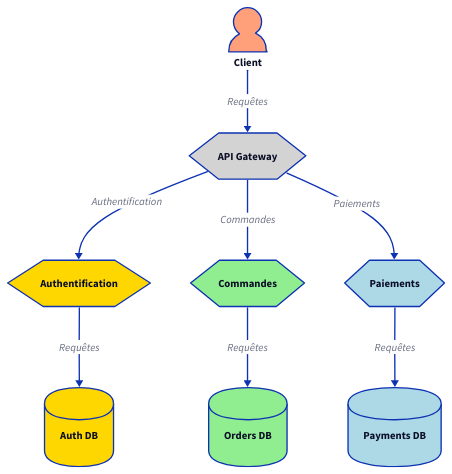
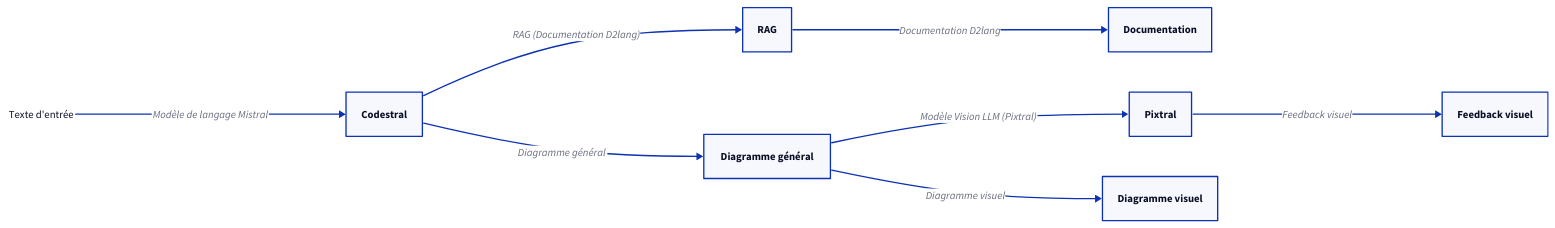
The diagram in out/diagram_iter2.d2 (Ibne29/d2lang-vision-llm), drawn with D2 before and after one commit. The commit also changed 9 other files, not shown here.

```diff
--- a/out/diagram_iter2.d2
+++ b/out/diagram_iter2.d2
@@ -1,63 +1,50 @@
-auth: Authentification {
-  shape: hexagon
-  style: {
-    fill: "#FFD700"
-  }
+direction: right
+
+# Pipeline de documentation et de visualisation
+
+## Entrée
+Texte d'entrée: {
+  shape: text
 }
 
-orders: Commandes {
-  shape: hexagon
-  style: {
-    fill: "#90EE90"
-  }
+## Codestral
+Texte d'entrée -> Codestral: {
+  shape: oval
+  label: "Modèle de langage Mistral"
 }
 
-payments: Paiements {
-  shape: hexagon
-  style: {
-    fill: "#ADD8E6"
-  }
+## RAG
+Codestral -> RAG: {
+  shape: oval
+  label: "RAG (Documentation D2lang)"
 }
 
-auth-db: Auth DB {
-  shape: cylinder
-  style: {
-    fill: "#FFD700"
-  }
+## Documentation
+RAG -> Documentation: {
+  shape: oval
+  label: "Documentation D2lang"
 }
 
-orders-db: Orders DB {
-  shape: cylinder
-  style: {
-    fill: "#90EE90"
-  }
+## Diagramme général
+Codestral -> Diagramme général: {
+  shape: oval
+  label: "Diagramme général"
 }
 
-payments-db: Payments DB {
-  shape: cylinder
-  style: {
-    fill: "#ADD8E6"
-  }
+## Pixtral
+Diagramme général -> Pixtral: {
+  shape: oval
+  label: "Modèle Vision LLM (Pixtral)"
 }
 
-client: Client {
-  shape: person
-  style: {
-    fill: "#FFA07A"
-  }
+## Feedback visuel
+Pixtral -> Feedback visuel: {
+  shape: oval
+  label: "Feedback visuel"
 }
 
-api-gateway: API Gateway {
-  shape: hexagon
-  style: {
-    fill: "#D3D3D3"
-  }
+## Diagramme visuel
+Diagramme général -> Diagramme visuel: {
+  shape: oval
+  label: "Diagramme visuel"
 }
-
-client -> api-gateway: Requêtes
-api-gateway -> auth: Authentification
-api-gateway -> orders: Commandes
-api-gateway -> payments: Paiements
-auth -> auth-db: Requêtes
-orders -> orders-db: Requêtes
-payments -> payments-db: Requêtes
```
